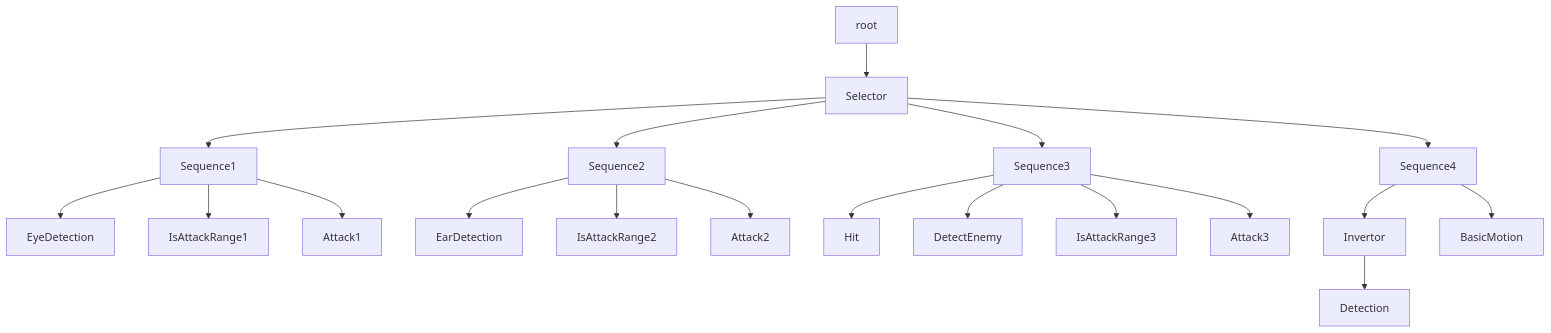
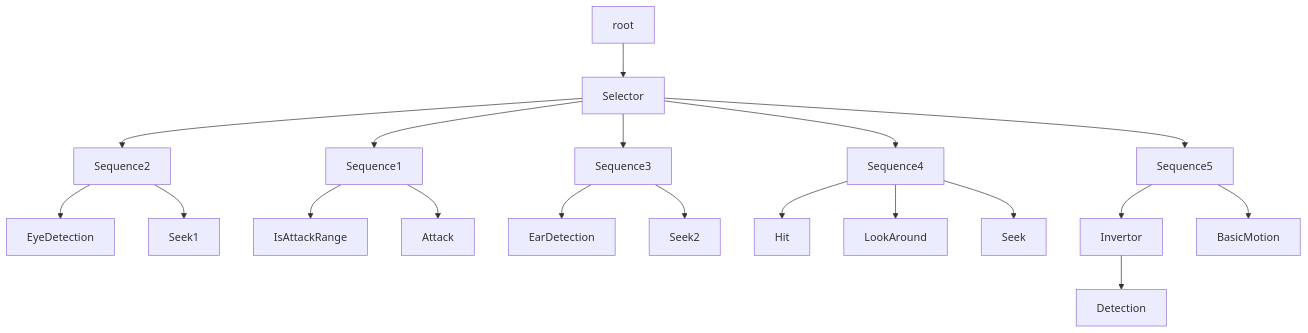
The diagram in README.md (YDbata/Mosquito), drawn with Mermaid before and after one commit.

````diff
--- a/README.md
+++ b/README.md
@@ -8,21 +8,21 @@
 ```mermaid
 graph TD;
   root --> Selector;
   Selector --> Sequence1;
   Selector --> Sequence2;
   Selector --> Sequence3;
-  Sequence1 --> EyeDetection;
-  Sequence1 --> IsAttackRange1;
-  Sequence1 --> Attack1;
-  Sequence2 --> EarDetection;
-  Sequence2 --> IsAttackRange2;
-  Sequence2 --> Attack2;
-  Sequence3 --> Hit;
-  Sequence3 --> DetectEnemy;
-  Sequence3 --> IsAttackRange3;
-  Sequence3 --> Attack3;
+  Sequence2 --> EyeDetection;
+  Sequence2 --> Seek1;
+  Sequence1 --> IsAttackRange;
+  Sequence1 --> Attack;
+  Sequence3 --> EarDetection;
+  Sequence3 --> Seek2;
+  Sequence4 --> Hit;
+  Sequence4 --> LookAround;
+  Sequence4 --> Seek;
   Selector --> Sequence4;
-  Sequence4 --> Invertor;
-  Sequence4 --> BasicMotion;
+  Selector --> Sequence5;
+  Sequence5 --> Invertor;
+  Sequence5 --> BasicMotion;
   Invertor --> Detection;
 ```
````
